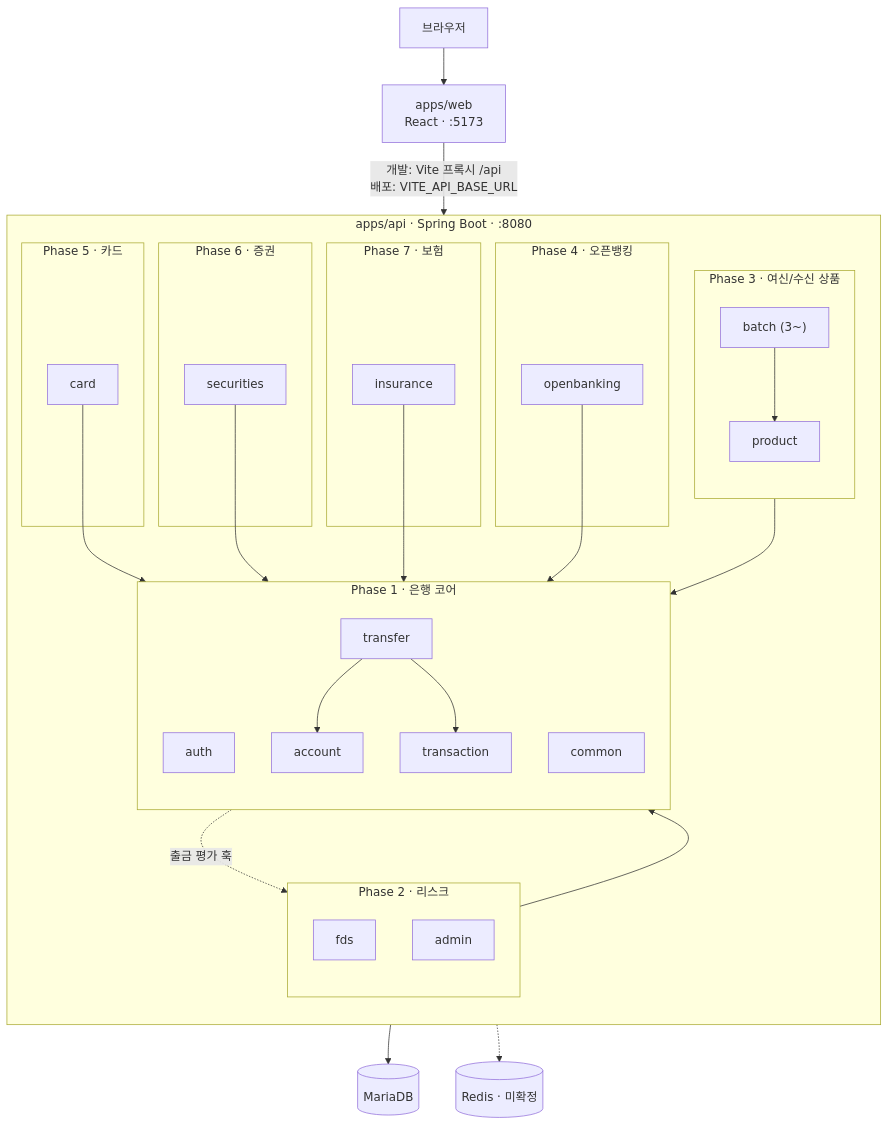
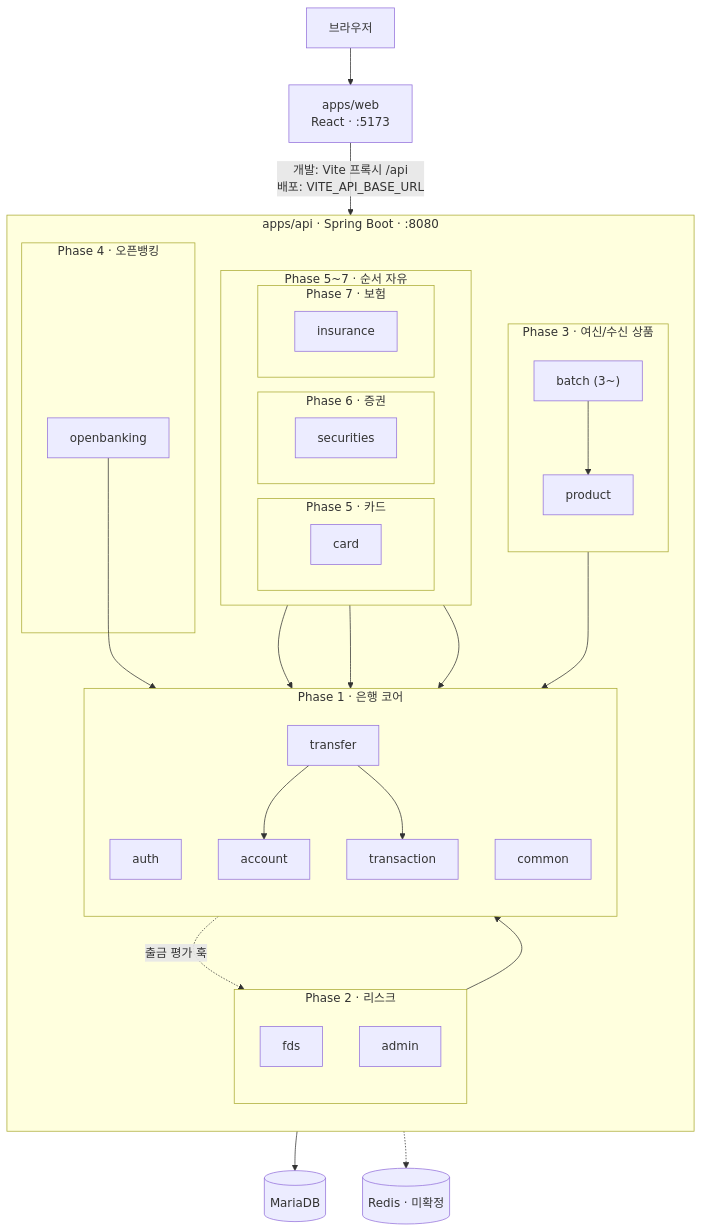
Before and after one commit to ShinhanDSProject/talking-bank: the diagram in docs/03-tech-stack.md, drawn with Mermaid.

Commit message:
docs: 03 다이어그램에서 Phase 5~7을 가로 subgraph로 묶음
서로 독립이라 순서가 자유로운 셋만 가로로 두어 세로 길이를 줄인다.

````diff
--- a/docs/03-tech-stack.md
+++ b/docs/03-tech-stack.md
@@ -41,49 +41,52 @@
 ```mermaid
 flowchart TB
     browser[브라우저] --> web["apps/web<br/>React · :5173"]
     web -->|"개발: Vite 프록시 /api<br/>배포: VITE_API_BASE_URL"| api
 
     subgraph api["apps/api · Spring Boot · :8080"]
         direction TB
         subgraph core["Phase 1 · 은행 코어"]
             direction TB
             auth[auth]
             common[common]
             transfer[transfer] --> account[account]
             transfer --> transaction[transaction]
         end
         subgraph p2["Phase 2 · 리스크"]
             direction TB
             fds[fds]
             admin[admin]
         end
         subgraph p3["Phase 3 · 여신/수신 상품"]
             direction TB
             product[product]
             batch["batch (3~)"]
         end
         subgraph p4["Phase 4 · 오픈뱅킹"]
             openbanking[openbanking]
         end
-        subgraph p5["Phase 5 · 카드"]
-            card[card]
-        end
-        subgraph p6["Phase 6 · 증권"]
-            securities[securities]
-        end
-        subgraph p7["Phase 7 · 보험"]
-            insurance[insurance]
+        subgraph later["Phase 5~7 · 순서 자유"]
+            direction LR
+            subgraph p5["Phase 5 · 카드"]
+                card[card]
+            end
+            subgraph p6["Phase 6 · 증권"]
+                securities[securities]
+            end
+            subgraph p7["Phase 7 · 보험"]
+                insurance[insurance]
+            end
         end
         transfer -. 출금 평가 훅 .-> fds
         product --> transfer
         card --> transfer
         securities --> transfer
         insurance --> transfer
         openbanking --> account
         admin --> transaction
         batch --> product
     end
 
     api --> db[(MariaDB)]
     api -.-> redis[(Redis · 미확정)]
 ```
````
